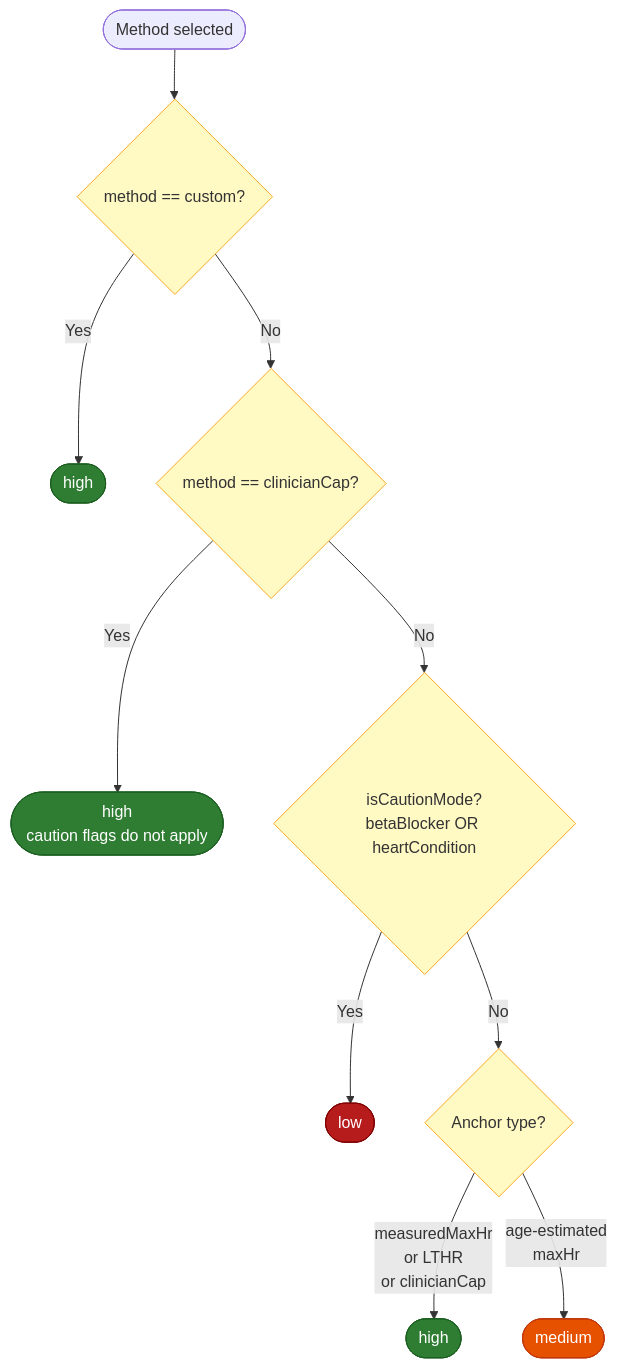
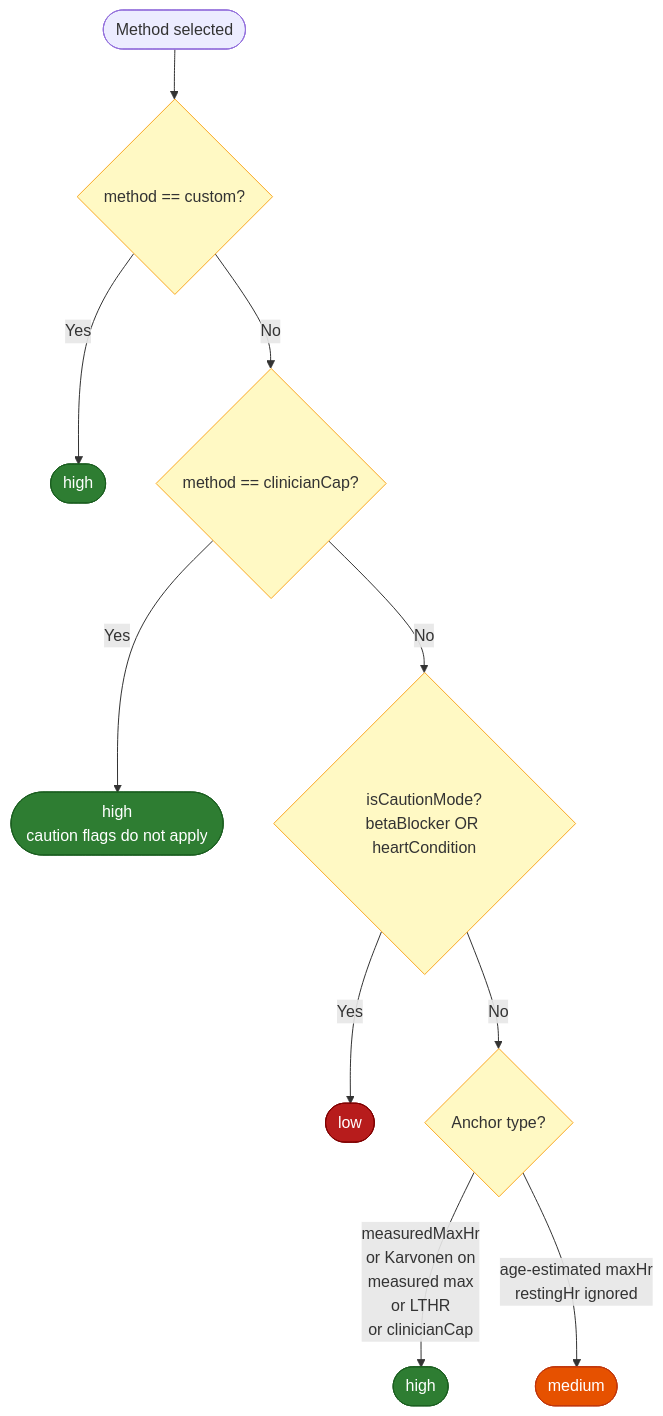
Before and after one commit to bovinemagnet/dart_hr_zones: the diagram in src/docs/modules/ROOT/examples/reliability-grading.mmd, drawn with Mermaid. The commit also changed 14 other files, not shown here.

First line of the commit message:
Use percent of estimated max, not Karvonen, without a measured max

```diff
--- a/src/docs/modules/ROOT/examples/reliability-grading.mmd
+++ b/src/docs/modules/ROOT/examples/reliability-grading.mmd
@@ -1,24 +1,24 @@
 flowchart TD
     START([Method selected]) --> A{method == custom?}
 
     A -- Yes --> HIGH1([high])
     A -- No  --> B{method == clinicianCap?}
 
     B -- Yes --> HIGH2([high\ncaution flags do not apply])
     B -- No  --> C{isCautionMode?\nbetaBlocker OR heartCondition}
 
     C -- Yes --> LOW([low])
     C -- No  --> D{Anchor type?}
 
-    D -- measuredMaxHr\nor LTHR\nor clinicianCap --> HIGH3([high])
-    D -- age-estimated\nmaxHr --> MED([medium])
+    D -- measuredMaxHr\nor Karvonen on\nmeasured max\nor LTHR\nor clinicianCap --> HIGH3([high])
+    D -- age-estimated maxHr\nrestingHr ignored --> MED([medium])
 
     classDef high fill:#2E7D32,color:#fff,stroke:#1B5E20
     classDef medium fill:#E65100,color:#fff,stroke:#BF360C
     classDef low fill:#B71C1C,color:#fff,stroke:#7F0000
     classDef decision fill:#FFF9C4,stroke:#F9A825,color:#333
 
     class HIGH1,HIGH2,HIGH3 high
     class MED medium
     class LOW low
     class A,B,C,D decision
```
